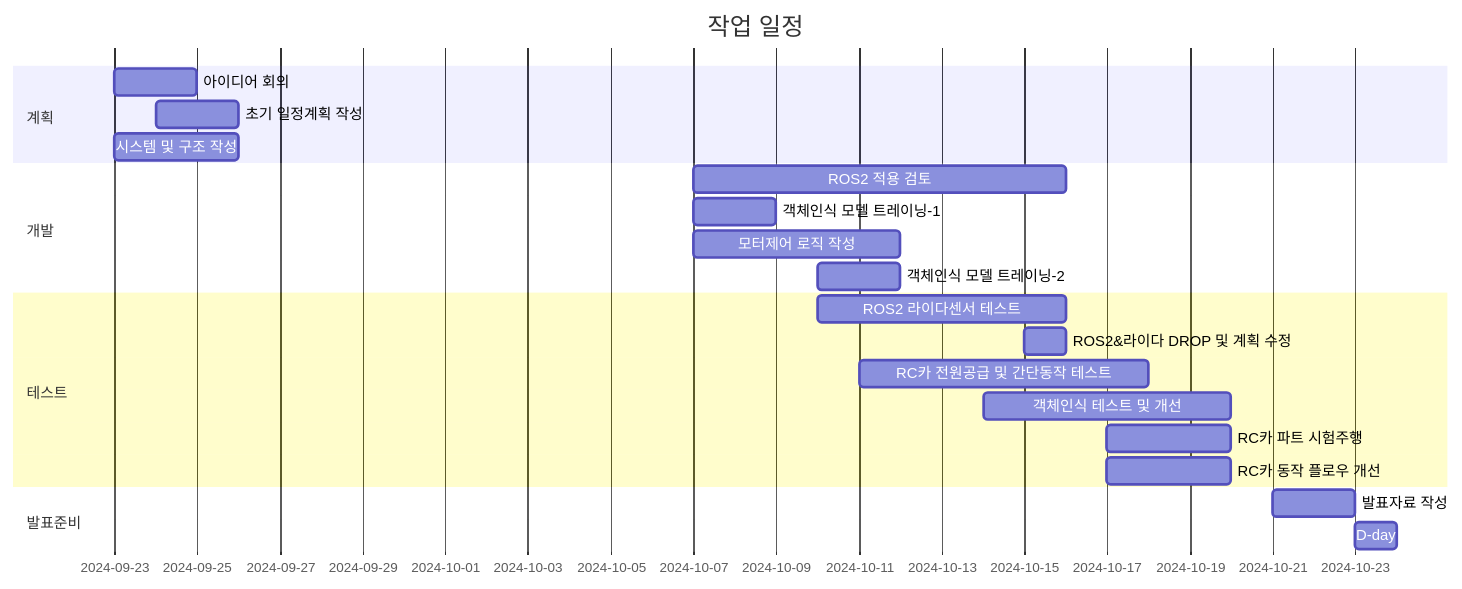
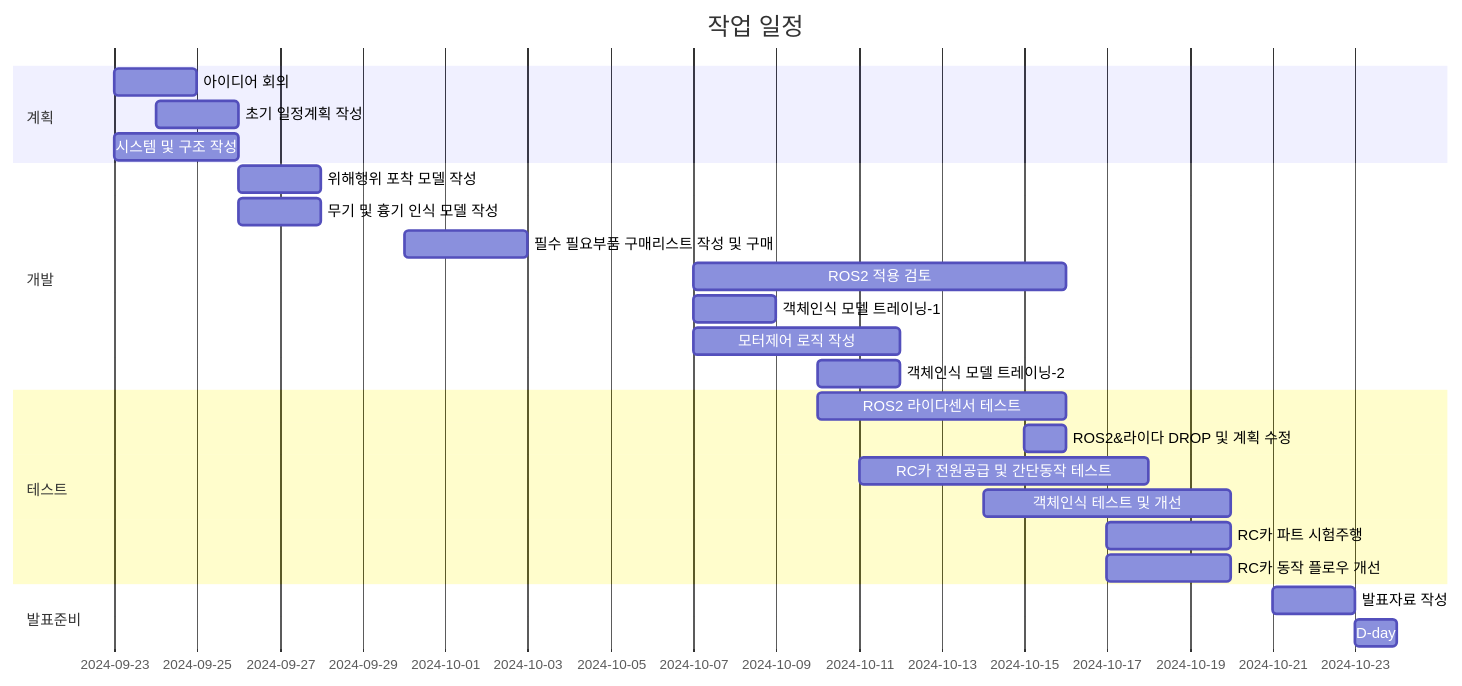
Before and after one commit to FaceDown77/my-project: the diagram in README.md, drawn with Mermaid. The commit also changed other lines of this file, not shown here.

````diff
--- a/README.md
+++ b/README.md
@@ -25,24 +25,27 @@
 ```mermaid
 gantt
     title 작업 일정
     dateFormat YYYY-MM-DD
     section 계획
         아이디어 회의    :2024-09-23, 2d
         초기 일정계획 작성    :2024-09-24, 2d
         시스템 및 구조 작성    :2024-09-23, 3d
     section 개발
+        위해행위 포착 모델 작성    :2024-09-26, 2d
+        무기 및 흉기 인식 모델 작성    :2024-09-26, 2d
+        필수 필요부품 구매리스트 작성 및 구매    :2024-09-30, 3d
         ROS2 적용 검토    :2024-10-07, 9d
         객체인식 모델 트레이닝-1    :2024-10-07, 2d
         모터제어 로직 작성    :2024-10-07, 5d
         객체인식 모델 트레이닝-2    :2024-10-10, 2d
     section 테스트
         ROS2 라이다센서 테스트    :2024-10-10, 6d
         ROS2&라이다 DROP 및 계획 수정    :2024-10-15, 1d
         RC카 전원공급 및 간단동작 테스트    :2024-10-11, 7d
         객체인식 테스트 및 개선    :2024-10-14, 6d
         RC카 파트 시험주행    :2024-10-17, 3d
         RC카 동작 플로우 개선    :2024-10-17, 3d
     section 발표준비
         발표자료 작성    :2024-10-21, 2d
         D-day    :2024-10-23, 1d
 ```
````
